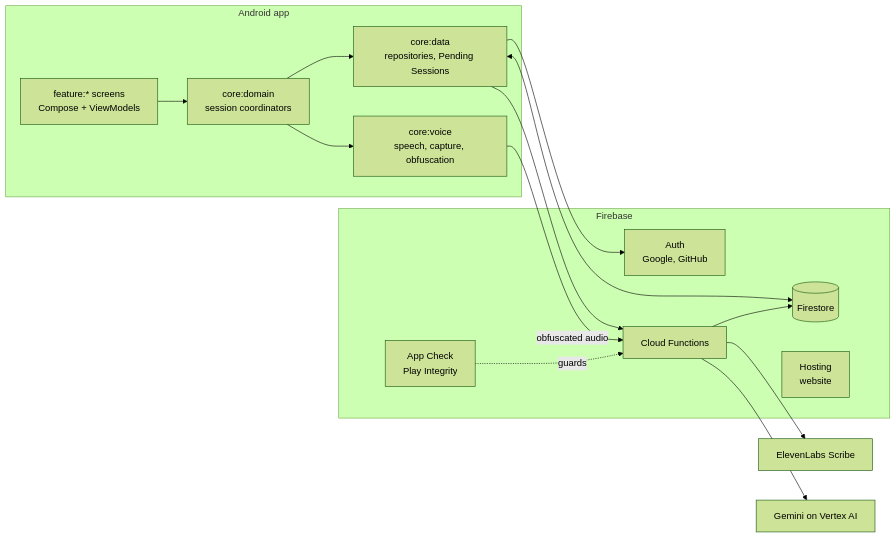
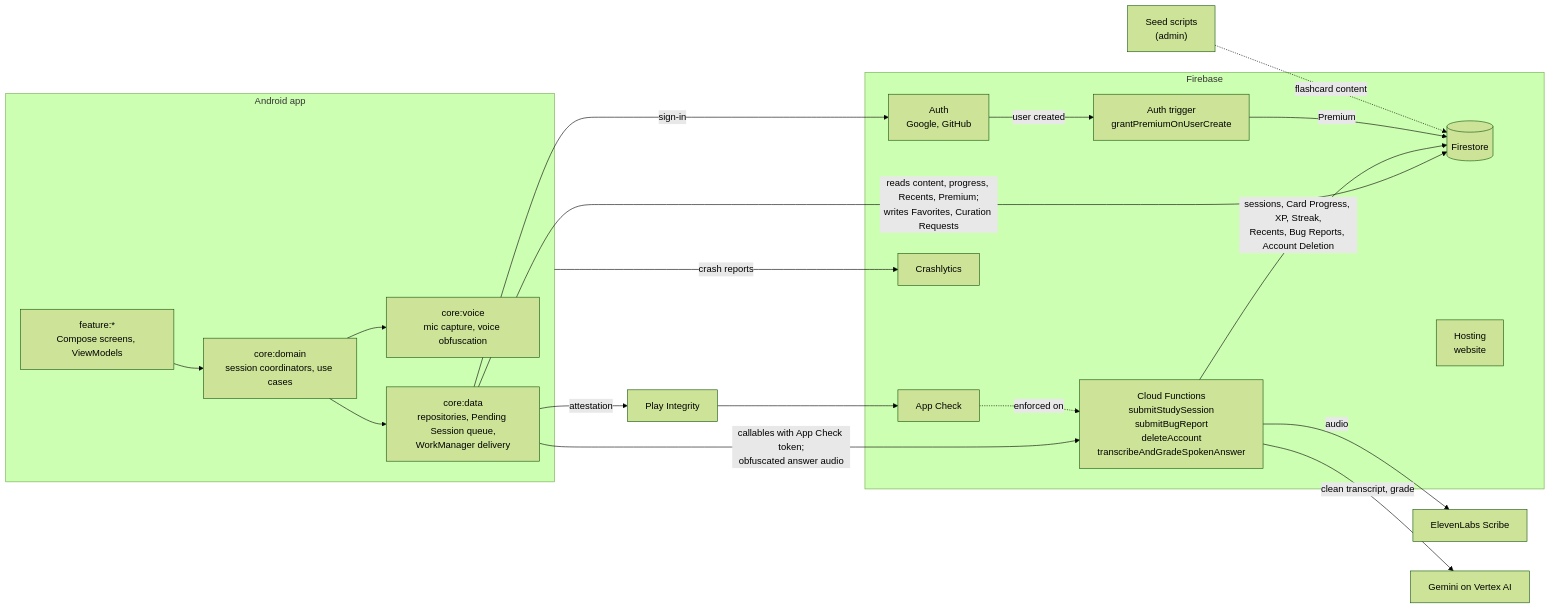
Before and after one commit to rmakowiecki/Flashcards: the first of 2 diagrams in README.md, drawn with Mermaid (forest theme). The commit also changed other lines of this file, not shown here.

Commit message:
docs: one screenshot per feature row, accurate system and voice diagrams, full tech badges

````diff
--- a/README.md
+++ b/README.md
@@ -111,29 +38,39 @@
 ```mermaid
 flowchart LR
     subgraph App["Android app"]
-        UI["feature:* screens<br/>Compose + ViewModels"]
-        Domain["core:domain<br/>session coordinators"]
-        Data["core:data<br/>repositories, Pending Sessions"]
-        Voice["core:voice<br/>speech, capture, obfuscation"]
+        UI["feature:*<br/>Compose screens, ViewModels"]
+        Domain["core:domain<br/>session coordinators, use cases"]
+        Data["core:data<br/>repositories, Pending Session queue,<br/>WorkManager delivery"]
+        Voice["core:voice<br/>mic capture, voice obfuscation"]
     end
+    Integrity["Play Integrity"]
     subgraph Firebase
         Auth["Auth<br/>Google, GitHub"]
+        AppCheck["App Check"]
         Firestore[("Firestore")]
-        Functions["Cloud Functions"]
-        AppCheck["App Check<br/>Play Integrity"]
+        Functions["Cloud Functions<br/>submitStudySession<br/>submitBugReport<br/>deleteAccount<br/>transcribeAndGradeSpokenAnswer"]
+        Trigger["Auth trigger<br/>grantPremiumOnUserCreate"]
+        Crashlytics["Crashlytics"]
         Hosting["Hosting<br/>website"]
     end
     Scribe["ElevenLabs Scribe"]
     Gemini["Gemini on Vertex AI"]
+    Seed["Seed scripts<br/>(admin)"]
 
-    UI --> Domain --> Data
+    UI --> Domain
+    Domain --> Data
     Domain --> Voice
-    Data --> Auth
-    Data <--> Firestore
-    Data --> Functions
-    Voice -- "obfuscated audio" --> Functions
-    AppCheck -. "guards" .-> Functions
-    Functions --> Firestore
-    Functions --> Scribe
-    Functions --> Gemini
+    App -- "crash reports" --> Crashlytics
+    Data -- "sign-in" --> Auth
+    Data -- "attestation" --> Integrity
+    Integrity --> AppCheck
+    Data -- "reads content, progress, Recents, Premium;<br/>writes Favorites, Curation Requests" --> Firestore
+    Data -- "callables with App Check token;<br/>obfuscated answer audio" --> Functions
+    AppCheck -. "enforced on" .-> Functions
+    Functions -- "sessions, Card Progress, XP, Streak,<br/>Recents, Bug Reports, Account Deletion" --> Firestore
+    Functions -- "audio" --> Scribe
+    Functions -- "clean transcript, grade" --> Gemini
+    Auth -- "user created" --> Trigger
+    Trigger -- "Premium" --> Firestore
+    Seed -. "flashcard content" .-> Firestore
 ```
````
